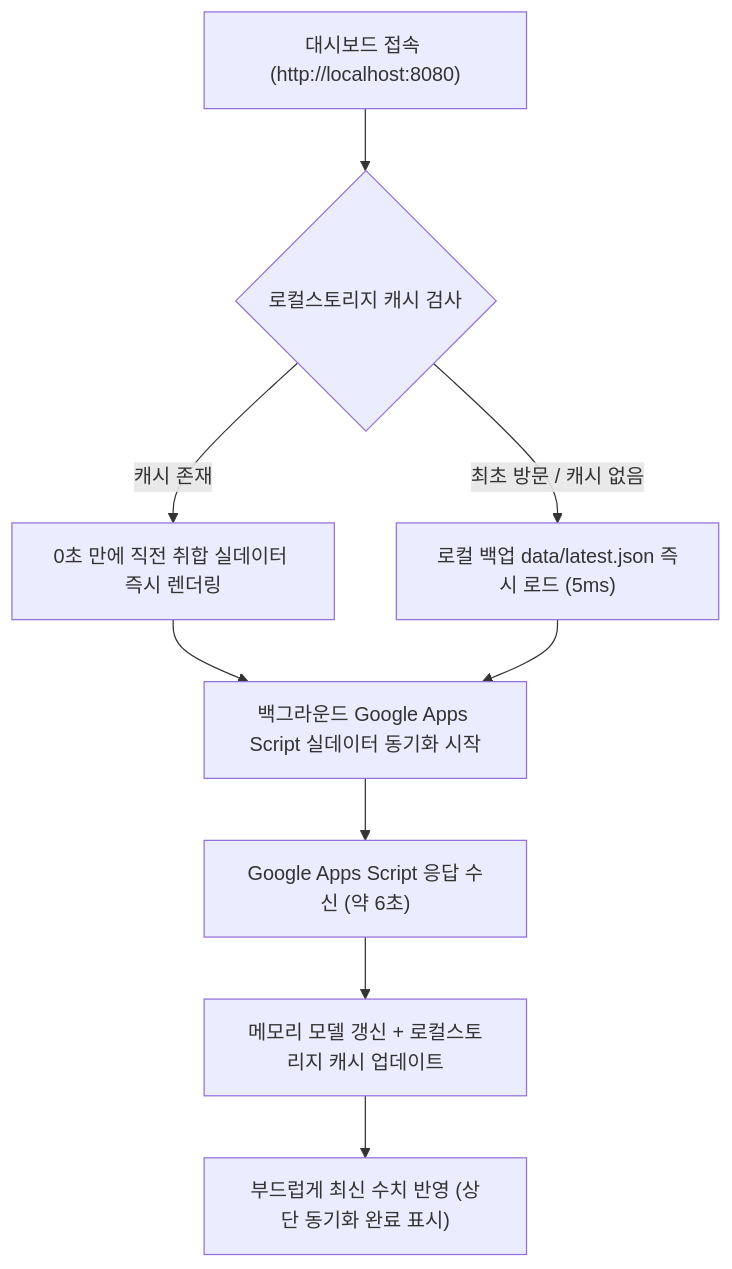
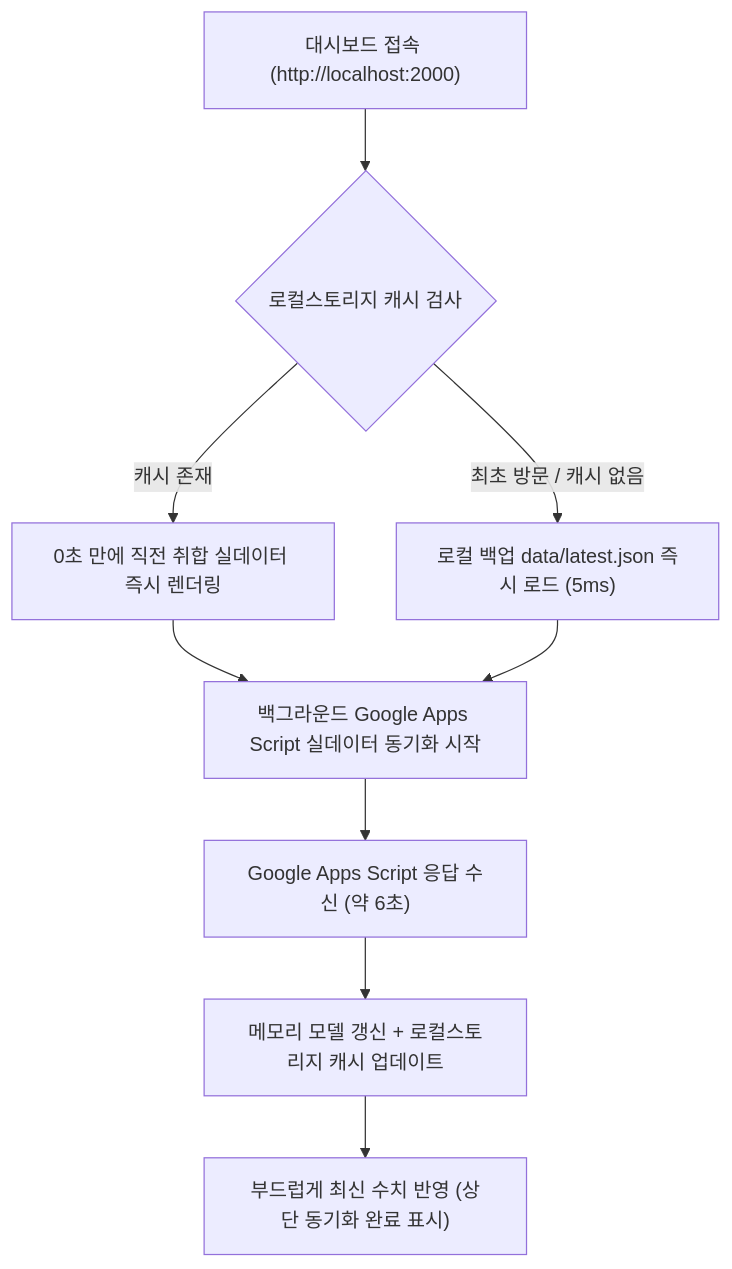
One commit to itketweb/its-ad-insight changed the diagram in CONNECTION.md. Above: the diagram before and after it, drawn with Mermaid. The commit also changed 33 other files, not shown here.

Commit message:
refactor: React + TypeScript + SCSS + Vite (Yarn) 마이그레이션 및 Pages 워크플로우 배포 구축

````diff
--- a/CONNECTION.md
+++ b/CONNECTION.md
@@ -23,11 +23,11 @@
 ```mermaid
 flowchart TD
-    A["대시보드 접속 (http://localhost:8080)"] --> B{"로컬스토리지 캐시 검사"}
+    A["대시보드 접속 (http://localhost:2000)"] --> B{"로컬스토리지 캐시 검사"}
     B -- "캐시 존재" --> C["0초 만에 직전 취합 실데이터 즉시 렌더링"]
     B -- "최초 방문 / 캐시 없음" --> D["로컬 백업 data/latest.json 즉시 로드 (5ms)"]
     C --> E["백그라운드 Google Apps Script 실데이터 동기화 시작"]
     D --> E
     E --> F["Google Apps Script 응답 수신 (약 6초)"]
     F --> G["메모리 모델 갱신 + 로컬스토리지 캐시 업데이트"]
     G --> H["부드럽게 최신 수치 반영 (상단 동기화 완료 표시)"]
 ```
````
